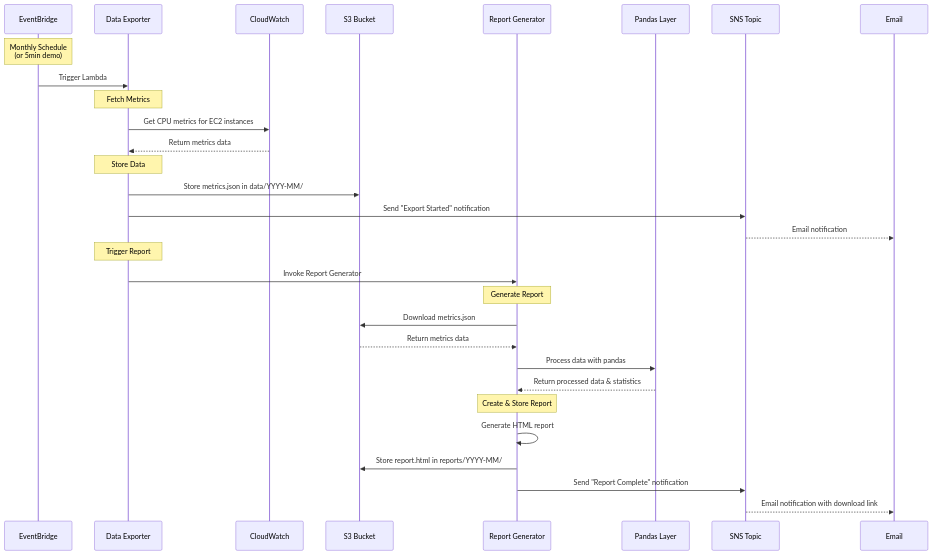
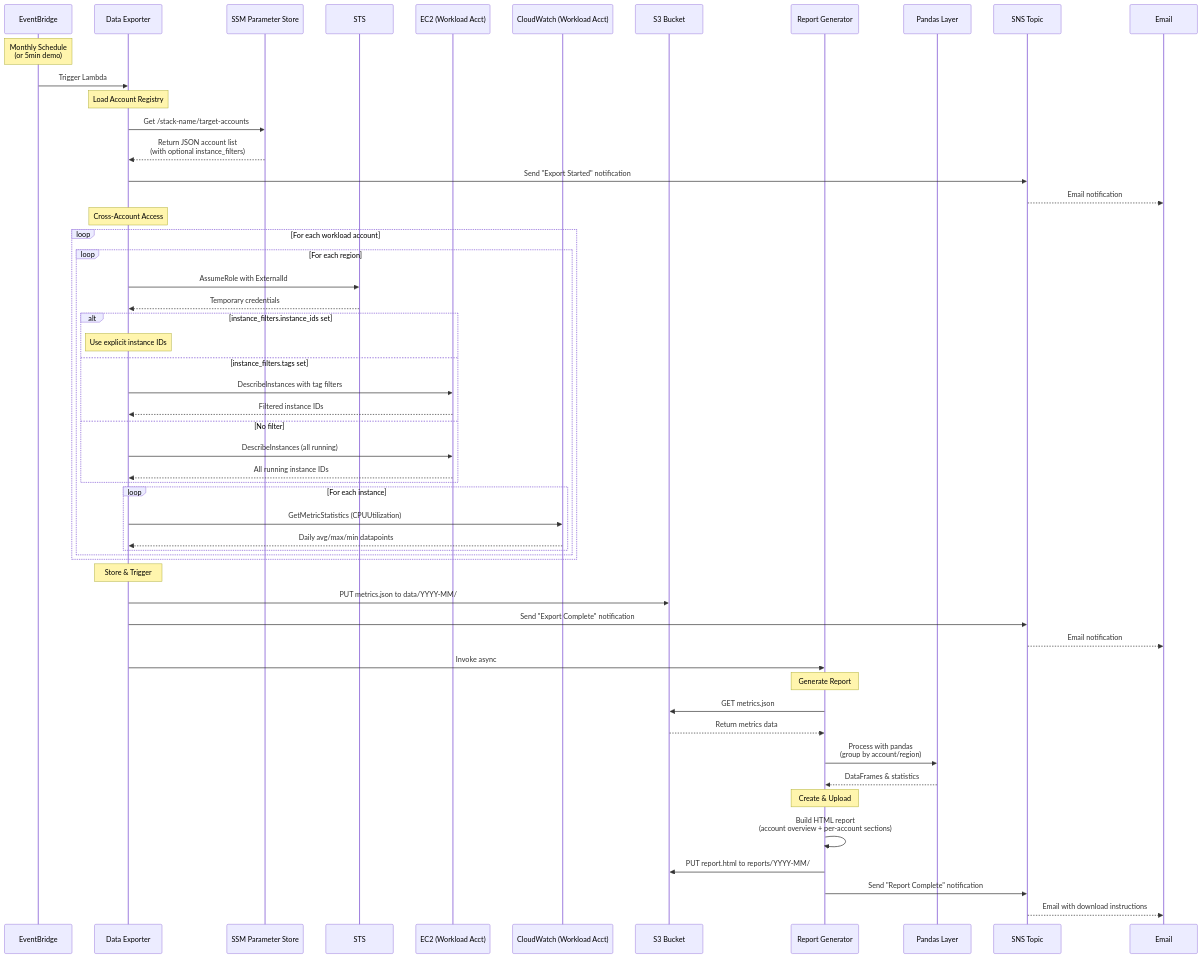
The second of 2 diagrams in README.md (trevmt/Automated-EC2-Reports), drawn with Mermaid before and after one commit. The commit also changed other lines of this file and 10 other files, not shown here.

First line of the commit message:
Add cross-account CloudWatch reporting with security hardening

````diff
--- a/README.md
+++ b/README.md
@@ -125,38 +483,65 @@
 ```mermaid
 sequenceDiagram
     participant EB as EventBridge
     participant DE as Data Exporter
-    participant CW as CloudWatch
+    participant SSM as SSM Parameter Store
+    participant STS as STS
+    participant EC2 as EC2 (Workload Acct)
+    participant CW as CloudWatch (Workload Acct)
     participant S3 as S3 Bucket
     participant RG as Report Generator
     participant PD as Pandas Layer
     participant SNS as SNS Topic
     participant USER as Email
 
     Note over EB: Monthly Schedule<br/>(or 5min demo)
     EB->>DE: Trigger Lambda
-    
-    Note over DE: Fetch Metrics
-    DE->>CW: Get CPU metrics for EC2 instances
-    CW-->>DE: Return metrics data
-    
-    Note over DE: Store Data
-    DE->>S3: Store metrics.json in data/YYYY-MM/
+
+    Note over DE: Load Account Registry
+    DE->>SSM: Get /stack-name/target-accounts
+    SSM-->>DE: Return JSON account list<br/>(with optional instance_filters)
+
     DE->>SNS: Send "Export Started" notification
     SNS-->>USER: Email notification
-    
-    Note over DE: Trigger Report
-    DE->>RG: Invoke Report Generator
-    
+
+    Note over DE: Cross-Account Access
+    loop For each workload account
+        loop For each region
+            DE->>STS: AssumeRole with ExternalId
+            STS-->>DE: Temporary credentials
+
+            alt instance_filters.instance_ids set
+                Note over DE: Use explicit instance IDs
+            else instance_filters.tags set
+                DE->>EC2: DescribeInstances with tag filters
+                EC2-->>DE: Filtered instance IDs
+            else No filter
+                DE->>EC2: DescribeInstances (all running)
+                EC2-->>DE: All running instance IDs
+            end
+
+            loop For each instance
+                DE->>CW: GetMetricStatistics (CPUUtilization)
+                CW-->>DE: Daily avg/max/min datapoints
+            end
+        end
+    end
+
+    Note over DE: Store & Trigger
+    DE->>S3: PUT metrics.json to data/YYYY-MM/
+    DE->>SNS: Send "Export Complete" notification
+    SNS-->>USER: Email notification
+    DE->>RG: Invoke async
+
     Note over RG: Generate Report
-    RG->>S3: Download metrics.json
+    RG->>S3: GET metrics.json
     S3-->>RG: Return metrics data
-    RG->>PD: Process data with pandas
-    PD-->>RG: Return processed data & statistics
-    
-    Note over RG: Create & Store Report
-    RG->>RG: Generate HTML report
-    RG->>S3: Store report.html in reports/YYYY-MM/
+    RG->>PD: Process with pandas<br/>(group by account/region)
+    PD-->>RG: DataFrames & statistics
+
+    Note over RG: Create & Upload
+    RG->>RG: Build HTML report<br/>(account overview + per-account sections)
+    RG->>S3: PUT report.html to reports/YYYY-MM/
     RG->>SNS: Send "Report Complete" notification
-    SNS-->>USER: Email notification with download link
+    SNS-->>USER: Email with download instructions
 ```
````
